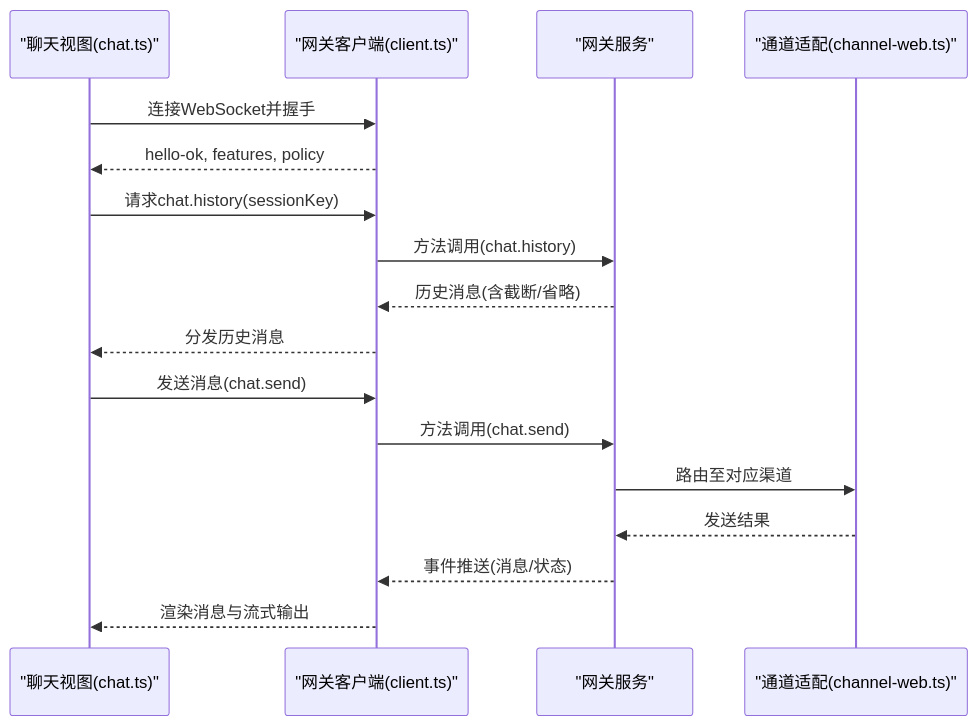
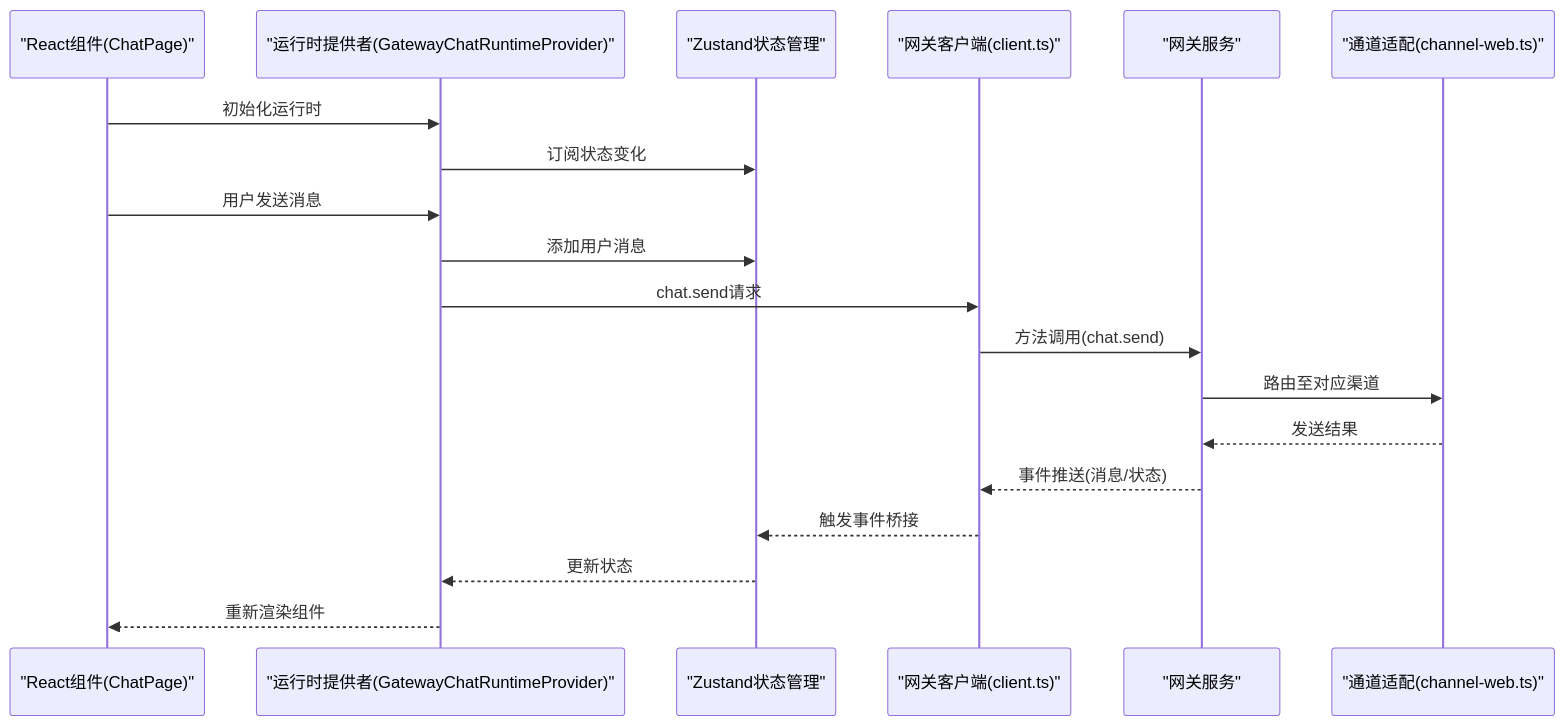
Before and after one commit to verse-ai-org/openclaw: the second of 9 diagrams in .qoder/repowiki/zh/content/Web界面/WebChat界面.md, drawn with Mermaid. The commit also changed other lines of this file and 19 other files, not shown here.

````diff
--- a/.qoder/repowiki/zh/content/Web界面/WebChat界面.md
+++ b/.qoder/repowiki/zh/content/Web界面/WebChat界面.md
@@ -125,19 +170,21 @@
 ```mermaid
 sequenceDiagram
-participant UI as "聊天视图(chat.ts)"
+participant UI as "React组件(ChatPage)"
+participant Runtime as "运行时提供者(GatewayChatRuntimeProvider)"
+participant Store as "Zustand状态管理"
 participant Client as "网关客户端(client.ts)"
 participant Gateway as "网关服务"
 participant Channel as "通道适配(channel-web.ts)"
-UI->>Client : 连接WebSocket并握手
-Client-->>UI : hello-ok, features, policy
-UI->>Client : 请求chat.history(sessionKey)
-Client->>Gateway : 方法调用(chat.history)
-Gateway-->>Client : 历史消息(含截断/省略)
-Client-->>UI : 分发历史消息
-UI->>Client : 发送消息(chat.send)
+UI->>Runtime : 初始化运行时
+Runtime->>Store : 订阅状态变化
+UI->>Runtime : 用户发送消息
+Runtime->>Store : 添加用户消息
+Runtime->>Client : chat.send请求
 Client->>Gateway : 方法调用(chat.send)
 Gateway->>Channel : 路由至对应渠道
 Channel-->>Gateway : 发送结果
 Gateway-->>Client : 事件推送(消息/状态)
-Client-->>UI : 渲染消息与流式输出
+Client-->>Store : 触发事件桥接
+Store-->>Runtime : 更新状态
+Runtime-->>UI : 重新渲染组件
 ```
````
